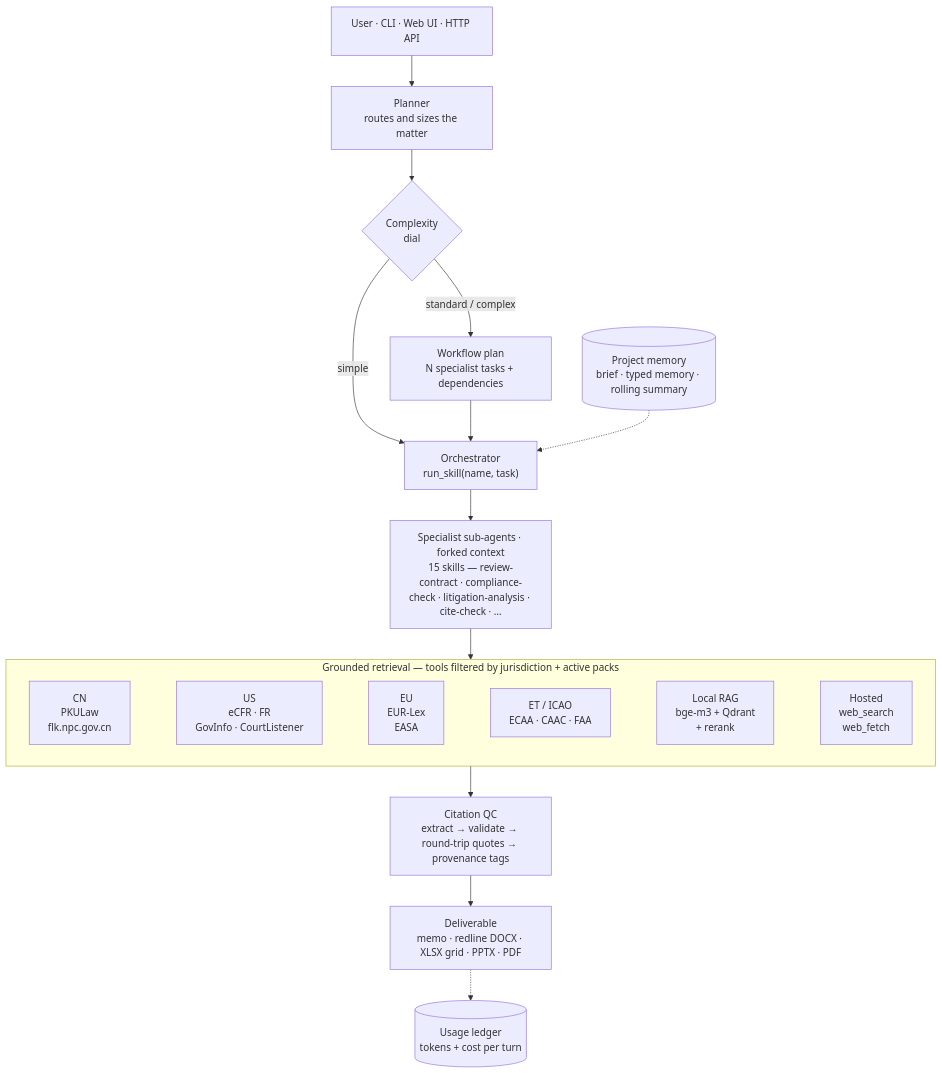
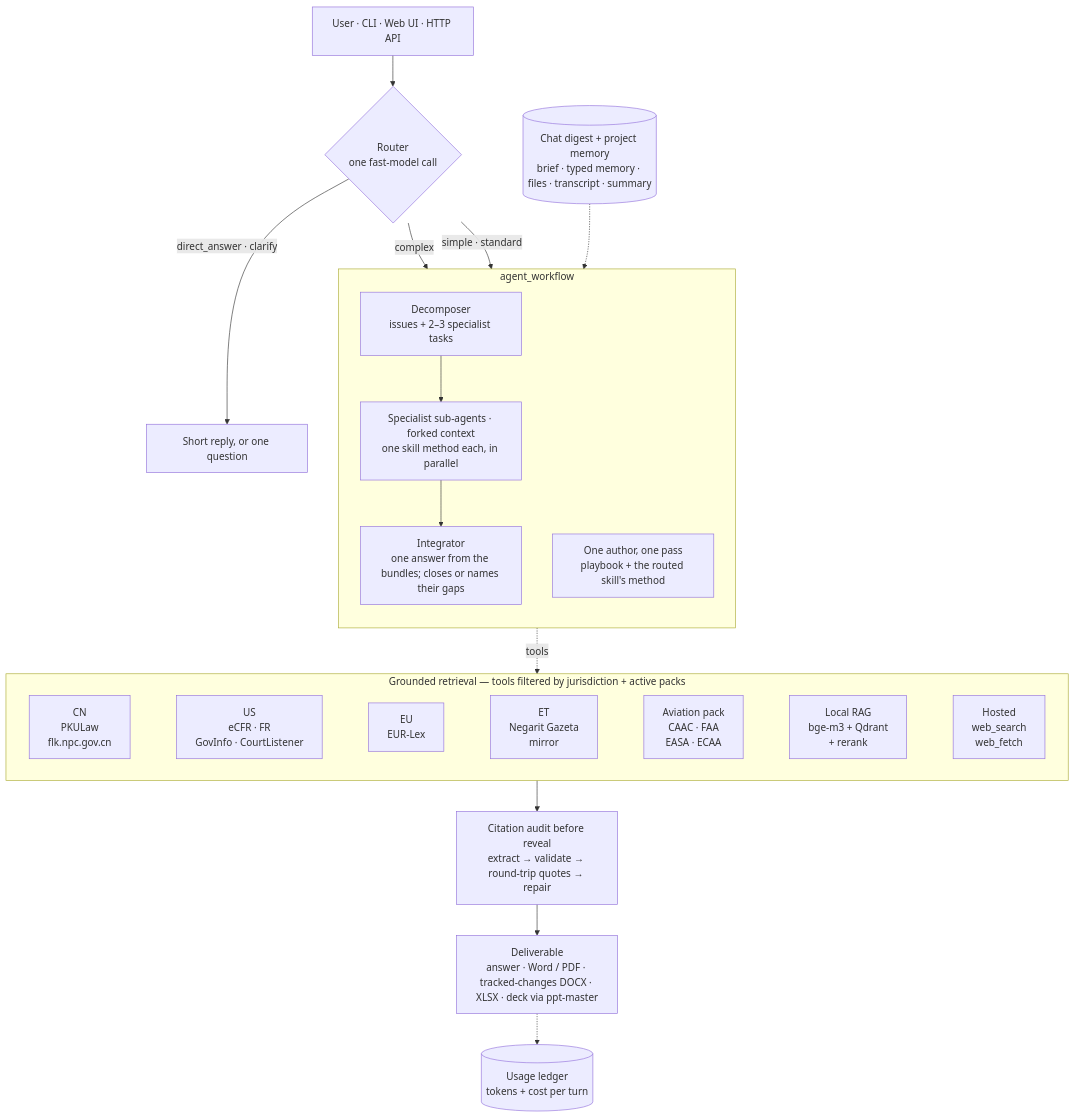
Before and after one commit to WenzhuoXu/lawgent: the diagram in README.md, drawn with Mermaid. The commit also changed other lines of this file and 198 other files, not shown here.

First line of the commit message:
One author per turn, ppt-master decks, lossless document intake

````diff
--- a/README.md
+++ b/README.md
@@ -122,20 +126,26 @@
 ```mermaid
 flowchart TB
-    U["User · CLI · Web UI · HTTP API"] --> P["Planner<br/>routes and sizes the matter"]
-    P --> C{"Complexity<br/>dial"}
-    C -->|simple| O["Orchestrator<br/>run_skill(name, task)"]
-    C -->|standard / complex| W["Workflow plan<br/>N specialist tasks + dependencies"]
-    W --> O
-    PM[("Project memory<br/>brief · typed memory · rolling summary")] -.-> O
-    O --> A["Specialist sub-agents · forked context<br/>15 skills — review-contract · compliance-check · litigation-analysis · cite-check · …"]
-    A --> G
+    U["User · CLI · Web UI · HTTP API"] --> R{"Router<br/>one fast-model call"}
+    R -->|complex| DEC
+    R -->|"simple · standard"| A
+    R -->|"direct_answer · clarify"| D["Short reply, or one question"]
+    PM[("Chat digest + project memory<br/>brief · typed memory · files · transcript · summary")] -.-> W
+
+    subgraph W["agent_workflow"]
+        direction TB
+        A["One author, one pass<br/>playbook + the routed skill's method"]
+        DEC["Decomposer<br/>issues + 2–3 specialist tasks"] --> S["Specialist sub-agents · forked context<br/>one skill method each, in parallel"]
+        S --> I["Integrator<br/>one answer from the bundles; closes or names their gaps"]
+    end
+
+    W -.->|tools| G
 
     subgraph G["Grounded retrieval — tools filtered by jurisdiction + active packs"]
         direction LR
-        CN["CN<br/>PKULaw<br/>flk.npc.gov.cn"] ~~~ US["US<br/>eCFR · FR<br/>GovInfo · CourtListener"] ~~~ EU["EU<br/>EUR-Lex<br/>EASA"] ~~~ ET["ET / ICAO<br/>ECAA · CAAC · FAA"] ~~~ RAG["Local RAG<br/>bge-m3 + Qdrant<br/>+ rerank"] ~~~ WEB["Hosted<br/>web_search<br/>web_fetch"]
+        CN["CN<br/>PKULaw<br/>flk.npc.gov.cn"] ~~~ US["US<br/>eCFR · FR<br/>GovInfo · CourtListener"] ~~~ EU["EU<br/>EUR-Lex"] ~~~ ET["ET<br/>Negarit Gazeta<br/>mirror"] ~~~ AV["Aviation pack<br/>CAAC · FAA<br/>EASA · ECAA"] ~~~ RAG["Local RAG<br/>bge-m3 + Qdrant<br/>+ rerank"] ~~~ WEB["Hosted<br/>web_search<br/>web_fetch"]
     end
 
-    G --> QC["Citation QC<br/>extract → validate → round-trip quotes → provenance tags"]
-    QC --> OUT["Deliverable<br/>memo · redline DOCX · XLSX grid · PPTX · PDF"]
+    G --> QC["Citation audit before reveal<br/>extract → validate → round-trip quotes → repair"]
+    QC --> OUT["Deliverable<br/>answer · Word / PDF · tracked-changes DOCX · XLSX · deck via ppt-master"]
     OUT -.-> LED[("Usage ledger<br/>tokens + cost per turn")]
 ```
````
